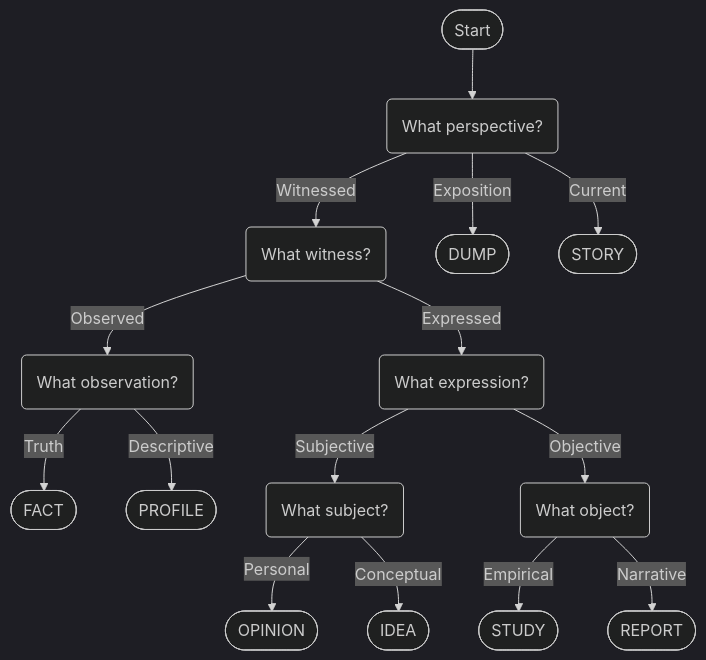
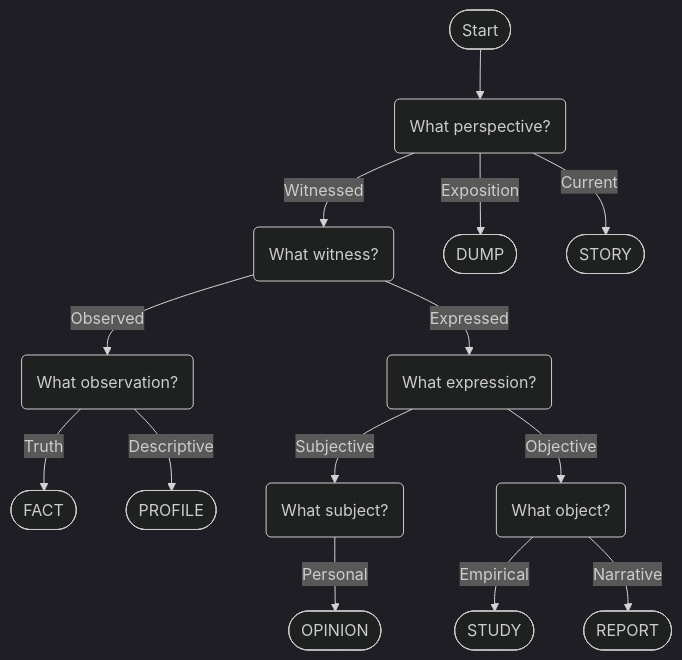
One commit to nin827/nin827.github.io changed the diagram in src/site/notes/MATERIAL/NOTE/NO0004.md. Above: the diagram before and after it, drawn with Mermaid (dark theme). The commit also changed 9 other files, not shown here.

````diff
--- a/src/site/notes/MATERIAL/NOTE/NO0004.md
+++ b/src/site/notes/MATERIAL/NOTE/NO0004.md
@@ -26,17 +26,16 @@
 ```mermaid
 flowchart TD;
 A(["Start"]) --> M("What perspective?")
 B --> |"Observed"| C("What observation?")
 B --> |"Expressed"| D("What expression?")
 C --> |"Truth"| E(["FACT"])
 C --> |"Descriptive"| F(["PROFILE"])
 D --> |"Subjective"| G("What subject?")
 D --> |"Objective"| H("What object?")
 G --> |"Personal"| I(["OPINION"])
-G --> |"Conceptual"| J(["IDEA"])
 H --> |"Empirical"| K(["STUDY"])
 H --> |"Narrative"| L(["REPORT"])
 M --> |"Exposition"| O(["DUMP"])
 M --> |"Current"| P(["STORY"])
 M --> |"Witnessed"| B("What witness?")
 ```
````
